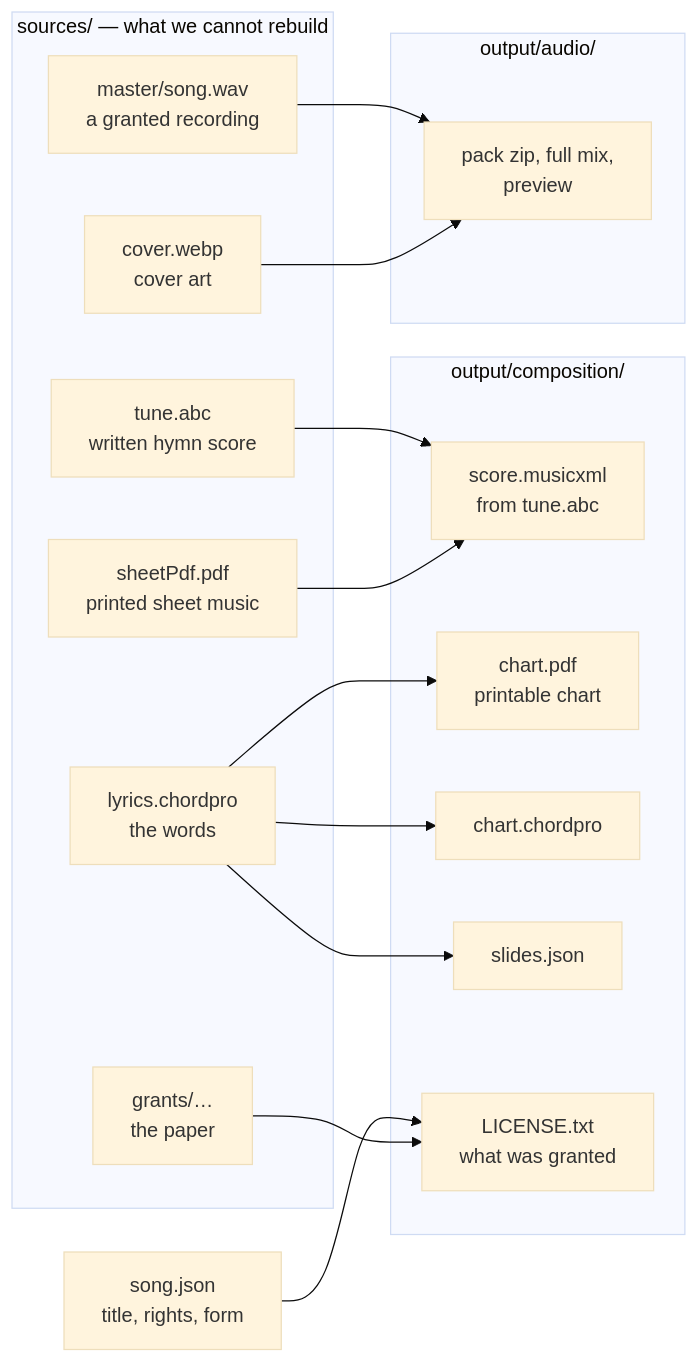
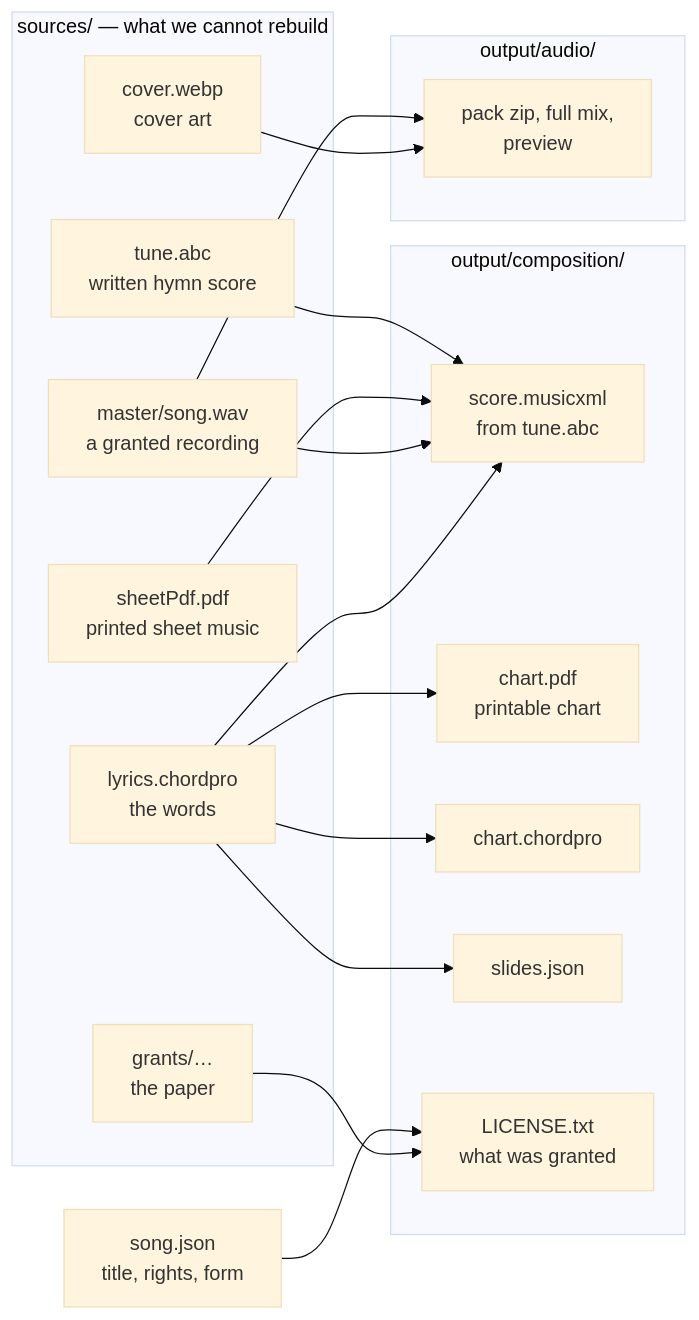
One commit to ChurchApps/WorshipCommonsContent changed the diagram in README.md. Above: the diagram before and after it, drawn with Mermaid (base theme). The commit also changed other lines of this file and 33 other files, not shown here.

````diff
--- a/README.md
+++ b/README.md
@@ -66,35 +66,37 @@
 ```mermaid
 flowchart LR
   subgraph src["sources/ — what we cannot rebuild"]
     words["lyrics.chordpro<br/>the words"]
     abc["tune.abc<br/>written hymn score"]
     sheet["sheetPdf.pdf<br/>printed sheet music"]
     pic["cover.webp<br/>cover art"]
     rec["master/song.wav<br/>a granted recording"]
     grant["grants/…<br/>the paper"]
   end
 
   meta["song.json<br/>title, rights, form"]
 
   subgraph comp["output/composition/"]
     dscore["score.musicxml<br/>from tune.abc"]
     dpdf["chart.pdf<br/>printable chart"]
     dcho["chart.chordpro"]
     dslides["slides.json"]
     dlic["LICENSE.txt<br/>what was granted"]
   end
 
   subgraph audio["output/audio/"]
     dstems["pack zip, full mix,<br/>preview"]
   end
 
   abc --> dscore
   sheet --> dscore
+  rec --> dscore
+  words --> dscore
   words --> dcho
   words --> dpdf
   words --> dslides
   meta --> dlic
   grant --> dlic
   rec --> dstems
   pic --> dstems
 ```
````
